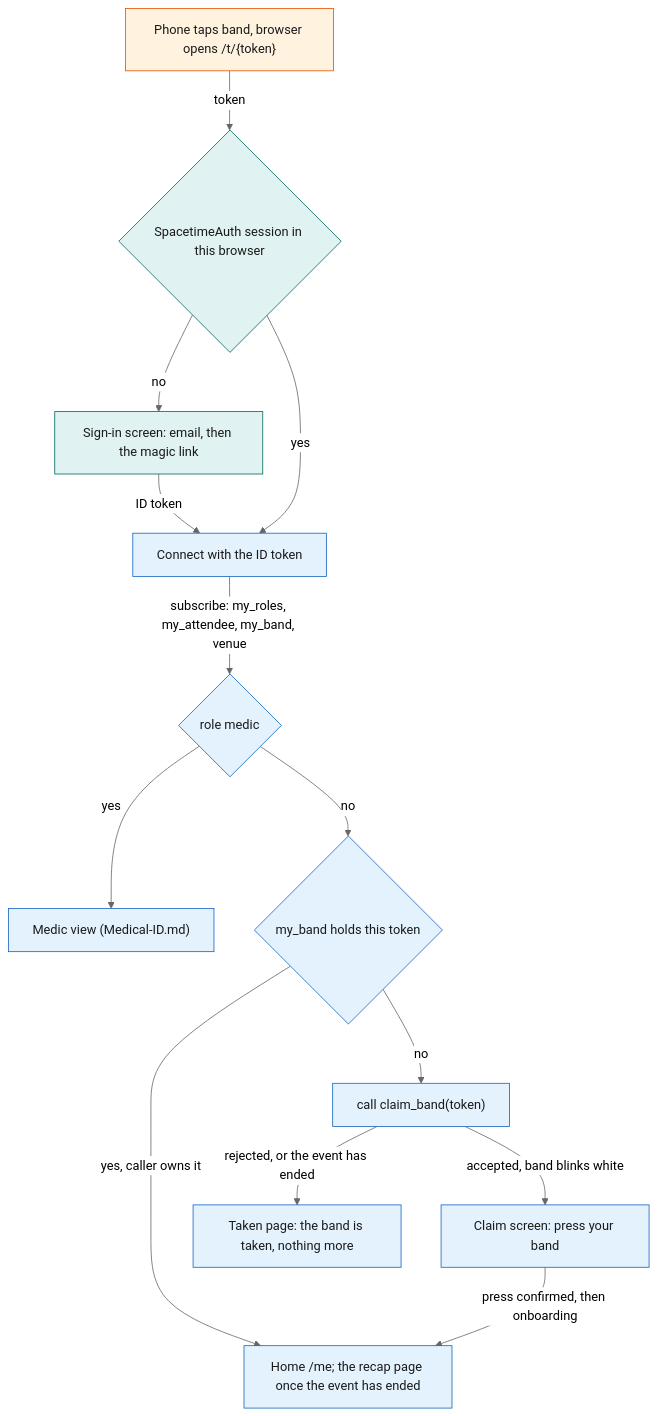
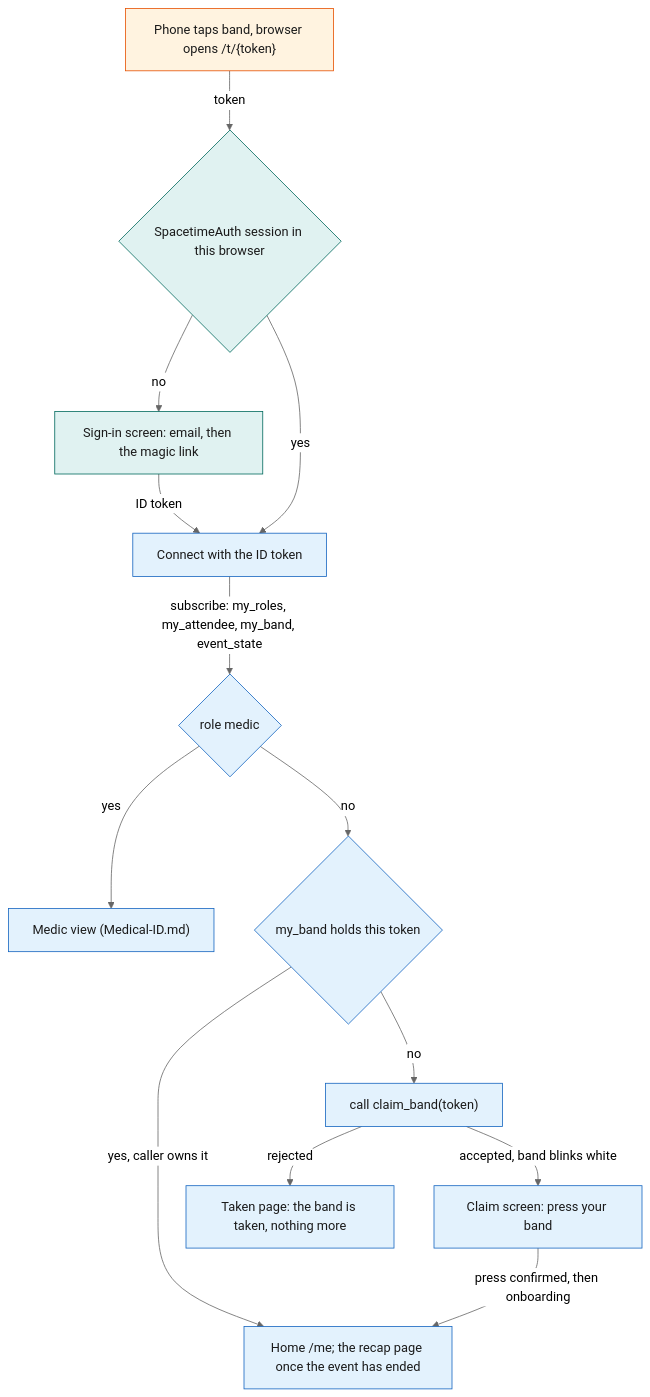
One commit to viktorinkov/cal-hacks-13 changed the first of 4 diagrams in System Design/5-apps/Attendee-App.md. Above: the diagram before and after it, drawn with Mermaid (neutral theme). The commit also changed other lines of this file and 19 other files, not shown here.

````diff
--- a/System Design/5-apps/Attendee-App.md
+++ b/System Design/5-apps/Attendee-App.md
@@ -71,21 +71,21 @@
 ```mermaid
 flowchart TD
     Tap["Phone taps band, browser opens /t/{token}"] -->|"token"| Sess{"SpacetimeAuth session in this browser"}
     Sess -->|"no"| SignIn["Sign-in screen: email, then the magic link"]
     SignIn -->|"ID token"| Conn["Connect with the ID token"]
     Sess -->|"yes"| Conn
-    Conn -->|"subscribe: my_roles, my_attendee, my_band, venue"| Medic{"role medic"}
+    Conn -->|"subscribe: my_roles, my_attendee, my_band, event_state"| Medic{"role medic"}
     Medic -->|"yes"| MedicView["Medic view (Medical-ID.md)"]
     Medic -->|"no"| Mine{"my_band holds this token"}
     Mine -->|"yes, caller owns it"| Home["Home /me; the recap page once the event has ended"]
     Mine -->|"no"| Start["call claim_band(token)"]
     Start -->|"accepted, band blinks white"| Claim["Claim screen: press your band"]
-    Start -->|"rejected, or the event has ended"| Taken["Taken page: the band is taken, nothing more"]
+    Start -->|"rejected"| Taken["Taken page: the band is taken, nothing more"]
     Claim -->|"press confirmed, then onboarding"| Home
     classDef web fill:#E3F2FD,stroke:#1565C0,color:#1A1A1A
     classDef device fill:#FFF3E0,stroke:#E65100,color:#1A1A1A
     classDef ext fill:#E0F2F1,stroke:#00695C,color:#1A1A1A
     class Conn,Medic,Mine,Start,MedicView,Claim,Home,Taken web
     class Tap device
     class Sess,SignIn ext
 ```
````
